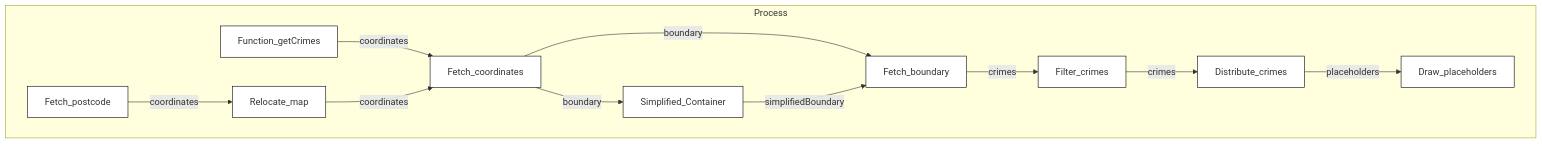
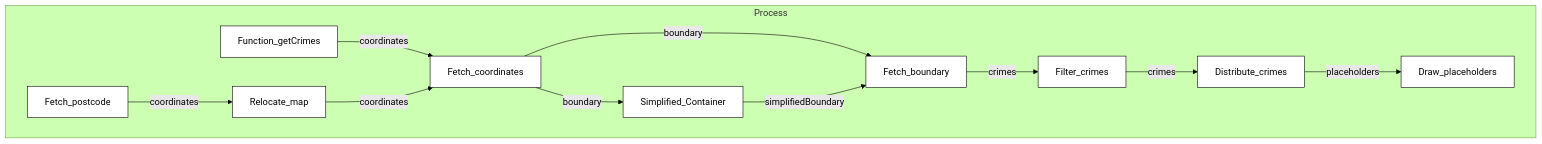
Before and after one commit to FAC29A/Alex-Esti-Project: the diagram in README.md, drawn with Mermaid.

````diff
--- a/README.md
+++ b/README.md
@@ -33,25 +33,26 @@
 ```mermaid
+%%{init: {'theme':'forest'}}%%
 graph TD
     subgraph Process
         Function_getCrimes-->|coordinates|Fetch_coordinates;
         Fetch_coordinates-->|boundary|Fetch_boundary;
         Fetch_boundary-->|crimes|Filter_crimes;
         Filter_crimes-->|crimes|Distribute_crimes;
         Distribute_crimes-->|placeholders|Draw_placeholders;
         Fetch_coordinates-->|boundary|Simplified_Container;
         Simplified_Container-->|simplifiedBoundary|Fetch_boundary;
         Fetch_postcode-->|coordinates|Relocate_map;
         Relocate_map-->|coordinates|Fetch_coordinates;
     end
 
 classDef default fill:#ffffff,stroke:#000000,stroke-width:1px;
     class Function_getCrimes default
     class Fetch_coordinates default
     class Fetch_boundary default
     class Filter_crimes default
     class Distribute_crimes default
     class Draw_placeholders default
     class Simplified_Container default
     class Fetch_postcode default
     class Relocate_map default
 ```
````
